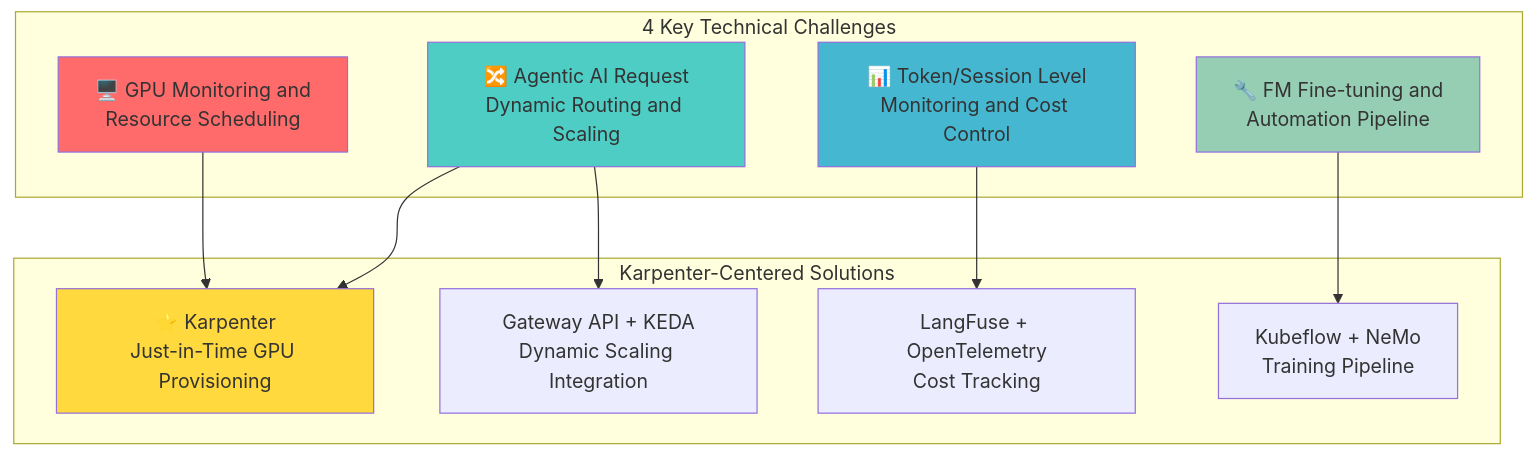
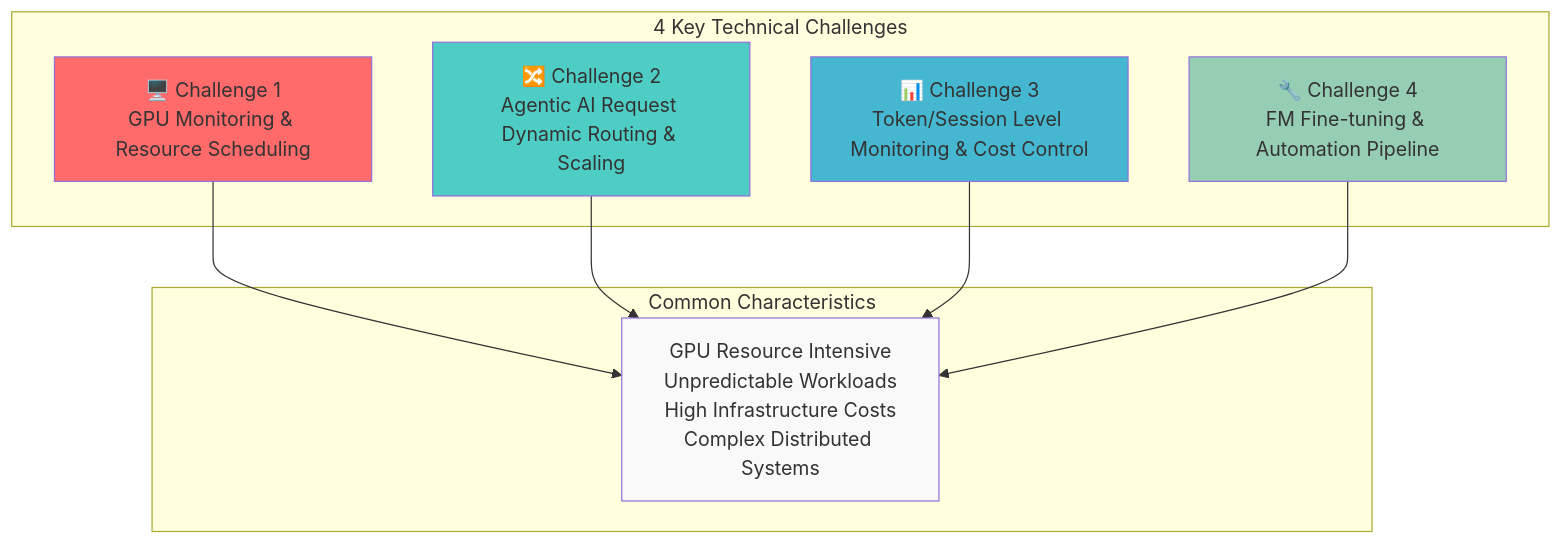
Before and after one commit to devfloor9/engineering-playbook: the first of 22 diagrams in i18n/en/docusaurus-plugin-content-docs/current/genai-aiml/agentic-ai-challenges.md, drawn with Mermaid. The commit also changed other lines of this file and 31 other files, not shown here.

````diff
--- a/i18n/en/docusaurus-plugin-content-docs/current/genai-aiml/agentic-ai-challenges.md
+++ b/i18n/en/docusaurus-plugin-content-docs/current/genai-aiml/agentic-ai-challenges.md
@@ -23,28 +38,24 @@
 ```mermaid
 graph TB
     subgraph "4 Key Technical Challenges"
-        C1["🖥️ GPU Monitoring and<br/>Resource Scheduling"]
-        C2["🔀 Agentic AI Request<br/>Dynamic Routing and Scaling"]
-        C3["📊 Token/Session Level<br/>Monitoring and Cost Control"]
-        C4["🔧 FM Fine-tuning and<br/>Automation Pipeline"]
+        C1["🖥️ Challenge 1<br/>GPU Monitoring & Resource Scheduling"]
+        C2["🔀 Challenge 2<br/>Agentic AI Request Dynamic Routing & Scaling"]
+        C3["📊 Challenge 3<br/>Token/Session Level Monitoring & Cost Control"]
+        C4["🔧 Challenge 4<br/>FM Fine-tuning & Automation Pipeline"]
     end
 
-    subgraph "Karpenter-Centered Solutions"
-        S1["⭐ Karpenter<br/>Just-in-Time GPU Provisioning"]
-        S2["Gateway API + KEDA<br/>Dynamic Scaling Integration"]
-        S3["LangFuse + OpenTelemetry<br/>Cost Tracking"]
-        S4["Kubeflow + NeMo<br/>Training Pipeline"]
+    subgraph "Common Characteristics"
+        COMMON["GPU Resource Intensive<br/>Unpredictable Workloads<br/>High Infrastructure Costs<br/>Complex Distributed Systems"]
     end
 
-    C1 --> S1
-    C2 --> S1
-    C2 --> S2
-    C3 --> S3
-    C4 --> S4
+    C1 --> COMMON
+    C2 --> COMMON
+    C3 --> COMMON
+    C4 --> COMMON
 
     style C1 fill:#ff6b6b
     style C2 fill:#4ecdc4
     style C3 fill:#45b7d1
     style C4 fill:#96ceb4
-    style S1 fill:#ffd93d
+    style COMMON fill:#f9f9f9
 ```
````
